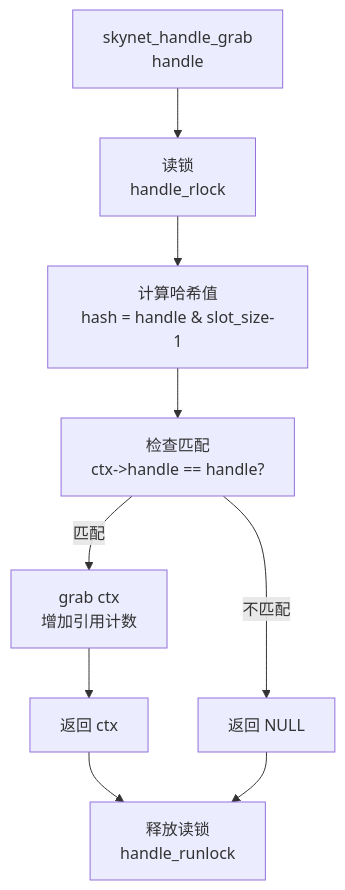
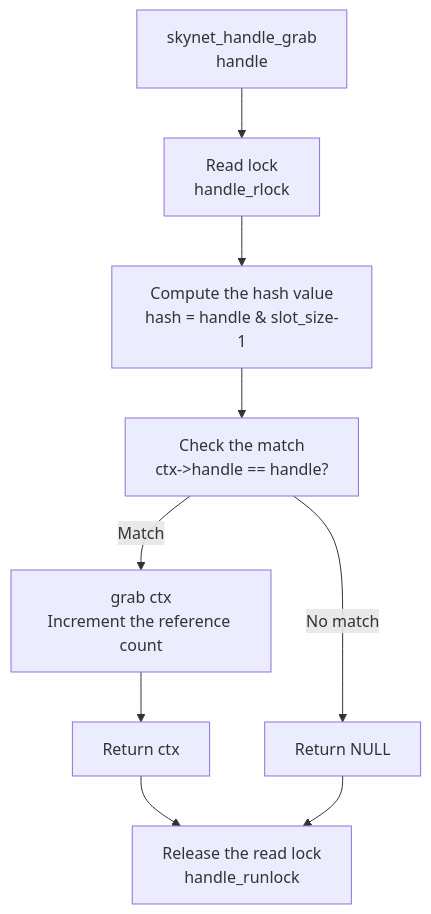
The third of 6 diagrams in docs/analysis/skynet-handle.md (cuihairu/skynet), drawn with Mermaid before and after one commit. The commit also changed other lines of this file and 86 other files, not shown here.

````diff
--- a/docs/analysis/skynet-handle.md
+++ b/docs/analysis/skynet-handle.md
@@ -230,14 +230,14 @@
 ```mermaid
 graph TB
-    Start[skynet_handle_grab<br/>handle] --> A[读锁<br/>handle_rlock]
-    A --> B[计算哈希值<br/>hash = handle & slot_size-1]
-    B --> C[检查匹配<br/>ctx->handle == handle?]
+    Start[skynet_handle_grab<br/>handle] --> A[Read lock<br/>handle_rlock]
+    A --> B[Compute the hash value<br/>hash = handle & slot_size-1]
+    B --> C[Check the match<br/>ctx->handle == handle?]
     
-    C -->|匹配| D[grab ctx<br/>增加引用计数]
-    C -->|不匹配| E[返回 NULL]
+    C -->|Match| D[grab ctx<br/>Increment the reference count]
+    C -->|No match| E[Return NULL]
     
-    D --> F[返回 ctx]
+    D --> F[Return ctx]
     
-    F --> G[释放读锁<br/>handle_runlock]
+    F --> G[Release the read lock<br/>handle_runlock]
     E --> G
 ```
````
